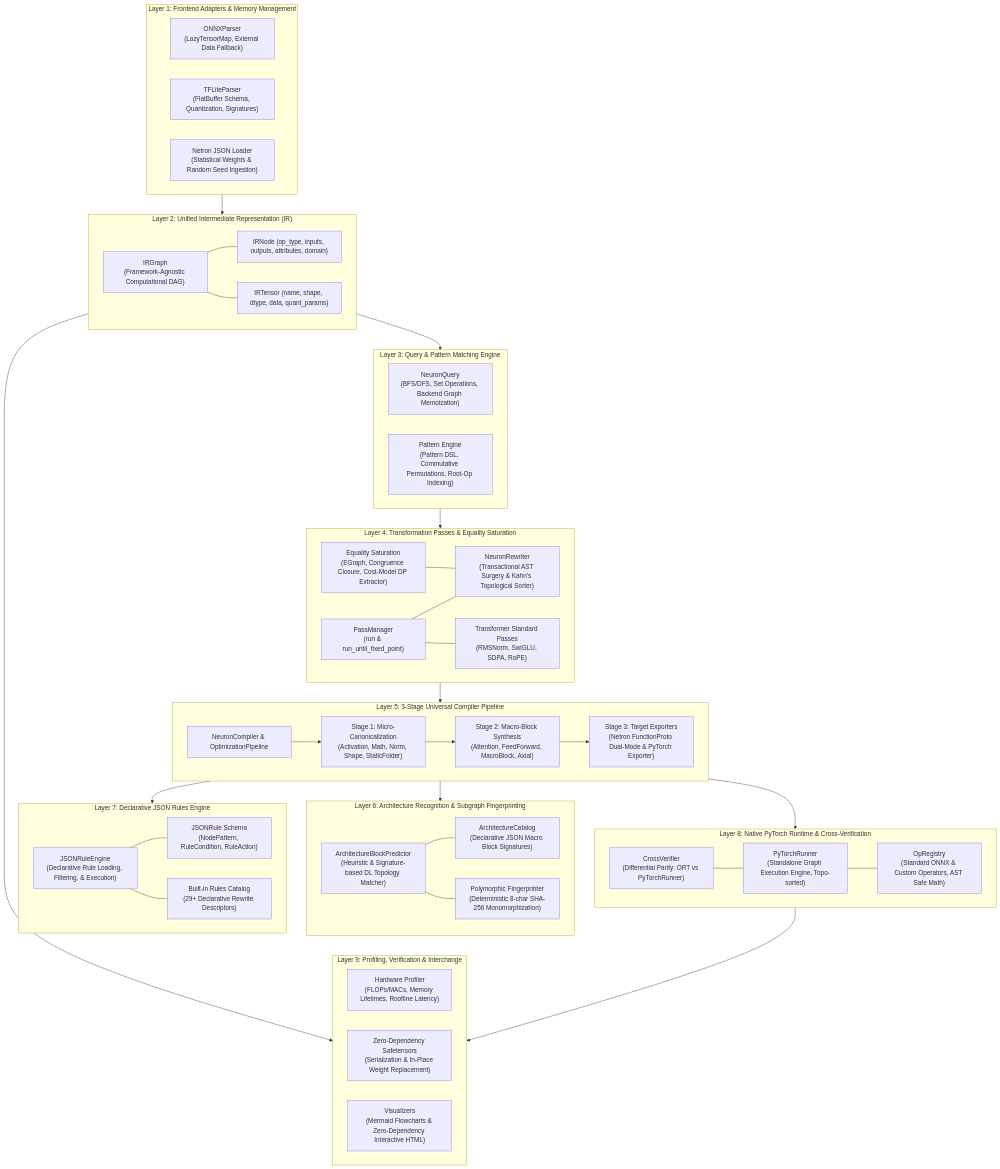
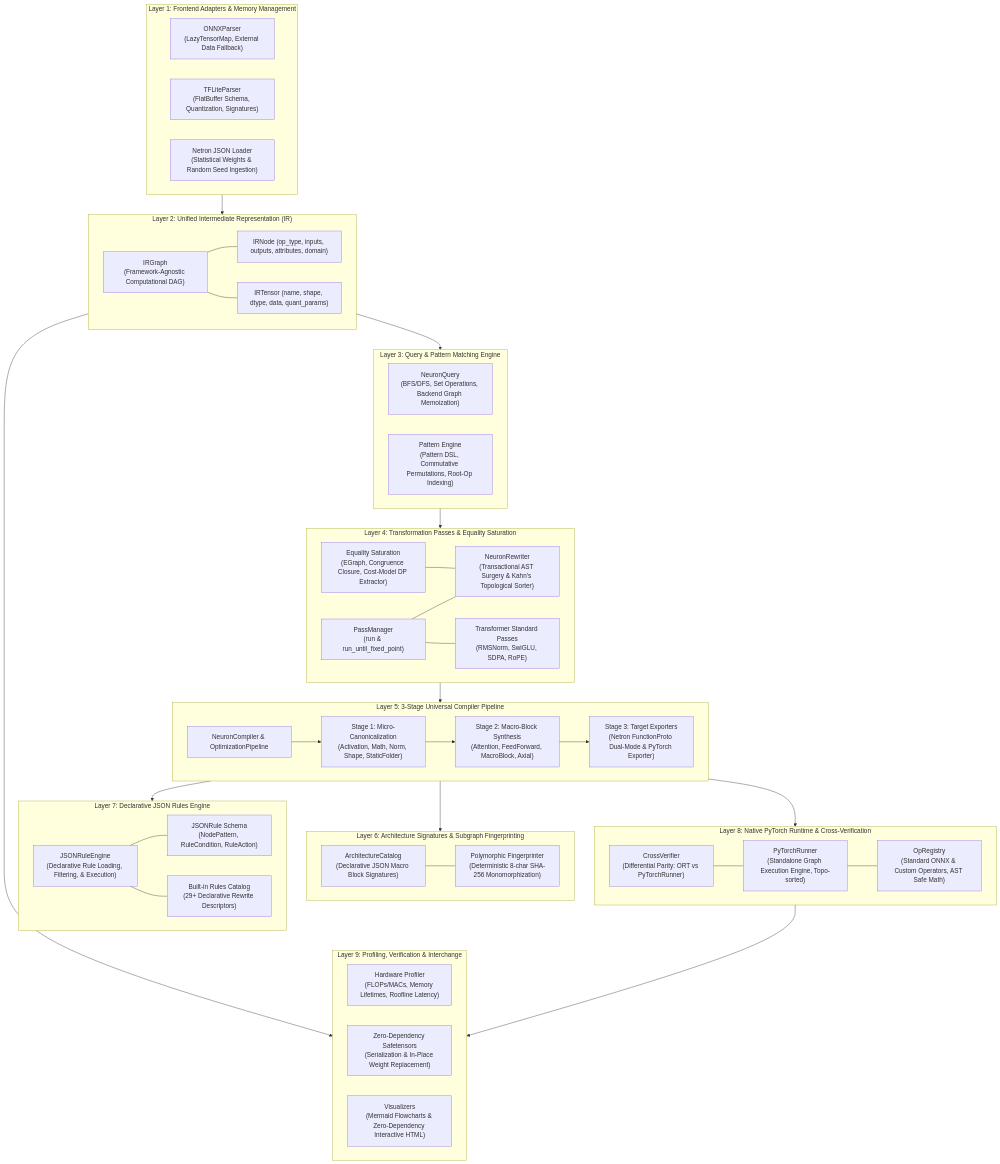
Before and after one commit to computerengineering-tutorial/neuron-toolkit: the diagram in docs/architecture.md, drawn with Mermaid. The commit also changed other lines of this file and 8 other files, not shown here.

````diff
--- a/docs/architecture.md
+++ b/docs/architecture.md
@@ -9,79 +9,77 @@
 ```mermaid
 flowchart TD
     subgraph Layer1["Layer 1: Frontend Adapters & Memory Management"]
         P_ONNX["ONNXParser\n(LazyTensorMap, External Data Fallback)"]
         P_TFL["TFLiteParser\n(FlatBuffer Schema, Quantization, Signatures)"]
         P_JSON["Netron JSON Loader\n(Statistical Weights & Random Seed Ingestion)"]
     end
 
     subgraph Layer2["Layer 2: Unified Intermediate Representation (IR)"]
         IR["IRGraph\n(Framework-Agnostic Computational DAG)"]
         IR_N["IRNode (op_type, inputs, outputs, attributes, domain)"]
         IR_T["IRTensor (name, shape, dtype, data, quant_params)"]
         IR --- IR_N
         IR --- IR_T
     end
 
     subgraph Layer3["Layer 3: Query & Pattern Matching Engine"]
         Q["NeuronQuery\n(BFS/DFS, Set Operations, Backend Graph Memoization)"]
         P["Pattern Engine\n(Pattern DSL, Commutative Permutations, Root-Op Indexing)"]
     end
 
     subgraph Layer4["Layer 4: Transformation Passes & Equality Saturation"]
         PM["PassManager\n(run & run_until_fixed_point)"]
         RW["NeuronRewriter\n(Transactional AST Surgery & Kahn's Topological Sorter)"]
         EG["Equality Saturation\n(EGraph, Congruence Closure, Cost-Model DP Extractor)"]
         TP["Transformer Standard Passes\n(RMSNorm, SwiGLU, SDPA, RoPE)"]
         PM --- RW
         PM --- TP
         EG --- RW
     end
 
     subgraph Layer5["Layer 5: 3-Stage Universal Compiler Pipeline"]
         NC["NeuronCompiler & OptimizationPipeline"]
         S1["Stage 1: Micro-Canonicalization\n(Activation, Math, Norm, Shape, StaticFolder)"]
         S2["Stage 2: Macro-Block Synthesis\n(Attention, FeedForward, MacroBlock, Axial)"]
         S3["Stage 3: Target Exporters\n(Netron FunctionProto Dual-Mode & PyTorch Exporter)"]
         NC --> S1 --> S2 --> S3
     end
 
-    subgraph Layer6["Layer 6: Architecture Recognition & Subgraph Fingerprinting"]
-        ABP["ArchitectureBlockPredictor\n(Heuristic & Signature-based DL Topology Matcher)"]
+    subgraph Layer6["Layer 6: Architecture Signatures & Subgraph Fingerprinting"]
         AC["ArchitectureCatalog\n(Declarative JSON Macro Block Signatures)"]
         FP["Polymorphic Fingerprinter\n(Deterministic 8-char SHA-256 Monomorphization)"]
-        ABP --- AC
-        ABP --- FP
+        AC --- FP
     end
 
     subgraph Layer7["Layer 7: Declarative JSON Rules Engine"]
         JRE["JSONRuleEngine\n(Declarative Rule Loading, Filtering, & Execution)"]
         JRS["JSONRule Schema\n(NodePattern, RuleCondition, RuleAction)"]
         JRD["Built-in Rules Catalog\n(29+ Declarative Rewrite Descriptors)"]
         JRE --- JRS
         JRE --- JRD
     end
 
     subgraph Layer8["Layer 8: Native PyTorch Runtime & Cross-Verification"]
         PR["PyTorchRunner\n(Standalone Graph Execution Engine, Topo-sorted)"]
         REG["OpRegistry\n(Standard ONNX & Custom Operators, AST Safe Math)"]
         CV["CrossVerifier\n(Differential Parity: ORT vs PyTorchRunner)"]
         PR --- REG
         CV --- PR
     end
 
     subgraph Layer9["Layer 9: Profiling, Verification & Interchange"]
         PROF["Hardware Profiler\n(FLOPs/MACs, Memory Lifetimes, Roofline Latency)"]
         SAFE["Zero-Dependency Safetensors\n(Serialization & In-Place Weight Replacement)"]
         VIZ["Visualizers\n(Mermaid Flowcharts & Zero-Dependency Interactive HTML)"]
     end
 
     Layer1 --> Layer2
     Layer2 --> Layer3
     Layer3 --> Layer4
     Layer4 --> Layer5
     Layer5 --> Layer6
     Layer5 --> Layer7
     Layer5 --> Layer8
     Layer2 --> Layer9
     Layer8 --> Layer9
 ```
````
